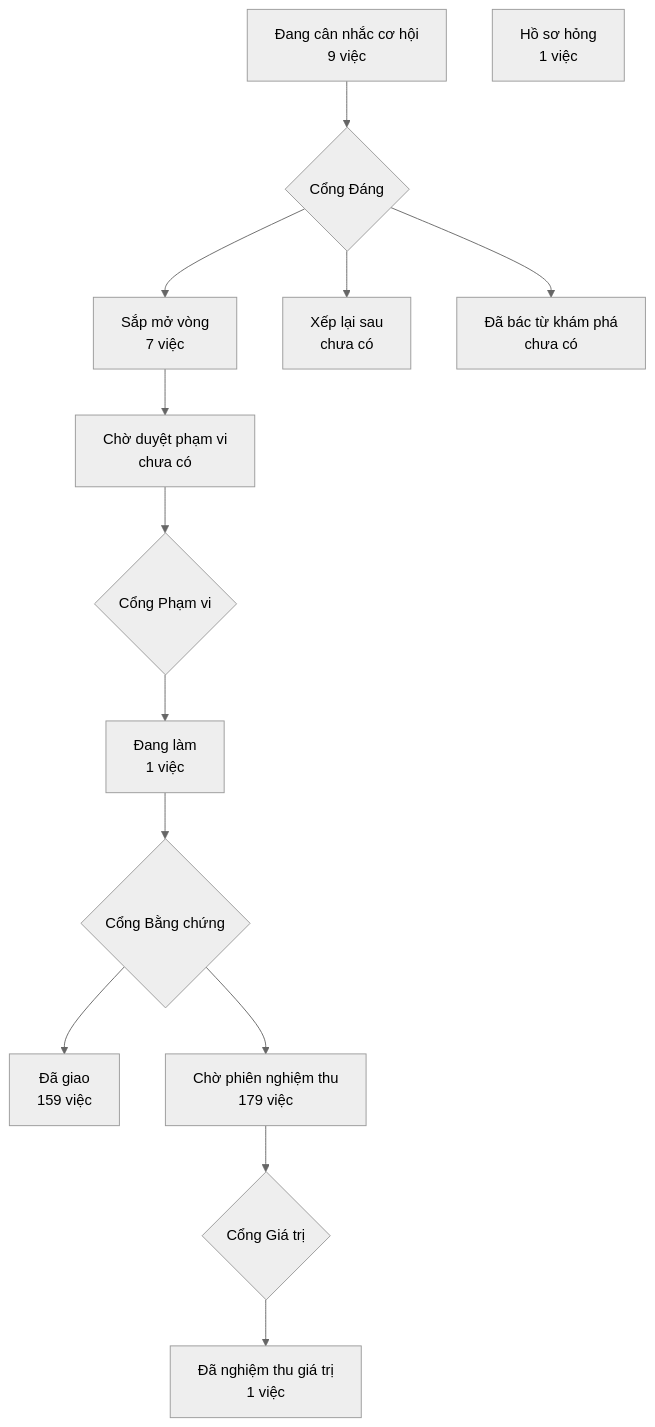
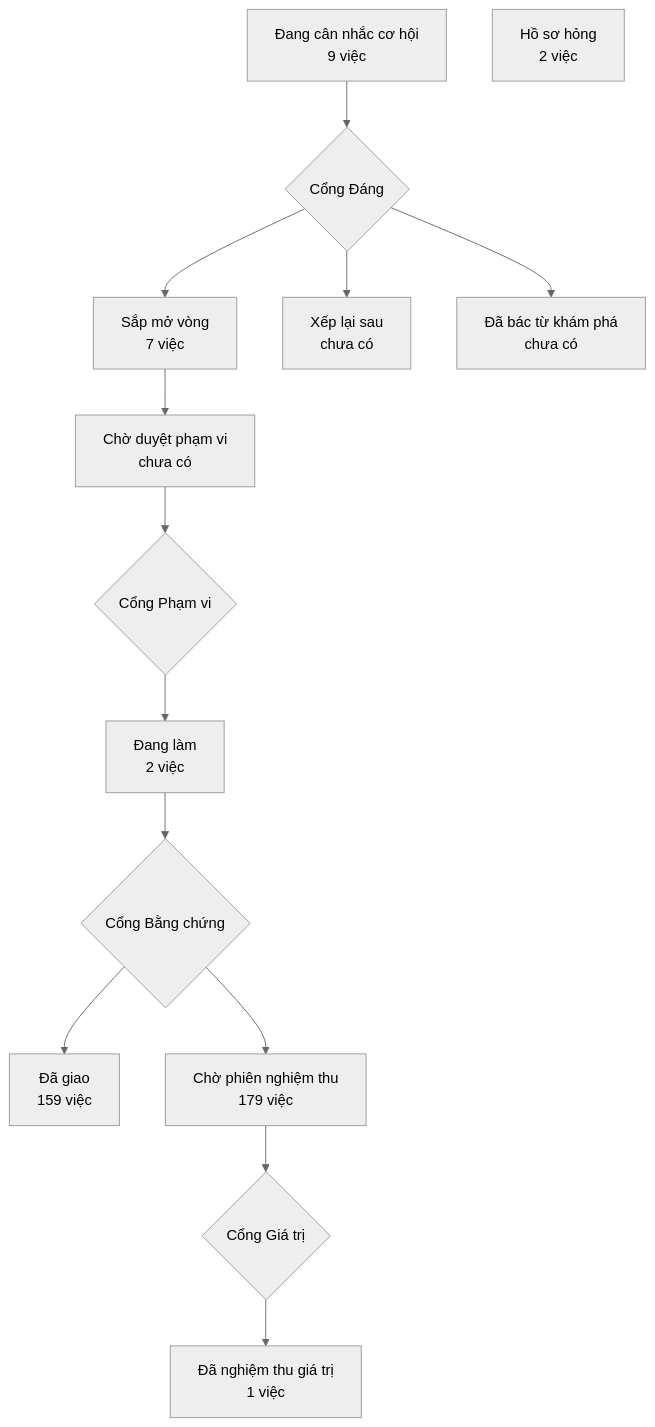
The diagram in PRODUCT-MAP.md (phanlemanh/crm-onehub), drawn with Mermaid (neutral theme) before and after one commit. The commit also changed other lines of this file and 1 other file, not shown here.

Commit message:
chore(tom-tat-tuan-dang-cho): vẽ lại bản đồ sau gộp onehub

````diff
--- a/PRODUCT-MAP.md
+++ b/PRODUCT-MAP.md
@@ -7,13 +7,13 @@
 ```mermaid
 flowchart TD
   A["Đang cân nhắc cơ hội<br/>9 việc"] --> GD{"Cổng Đáng"}
   GD --> B["Sắp mở vòng<br/>7 việc"]
   GD --> XL["Xếp lại sau<br/>chưa có"]
   GD --> DB["Đã bác từ khám phá<br/>chưa có"]
   B --> CD["Chờ duyệt phạm vi<br/>chưa có"] --> GP{"Cổng Phạm vi"}
-  GP --> DL["Đang làm<br/>1 việc"] --> GB{"Cổng Bằng chứng"}
+  GP --> DL["Đang làm<br/>2 việc"] --> GB{"Cổng Bằng chứng"}
   GB --> DG["Đã giao<br/>159 việc"]
   GB --> CN["Chờ phiên nghiệm thu<br/>179 việc"] --> GG{"Cổng Giá trị"}
   GG --> NT["Đã nghiệm thu giá trị<br/>1 việc"]
-  HS["Hồ sơ hỏng<br/>1 việc"]
+  HS["Hồ sơ hỏng<br/>2 việc"]
 ```
````
